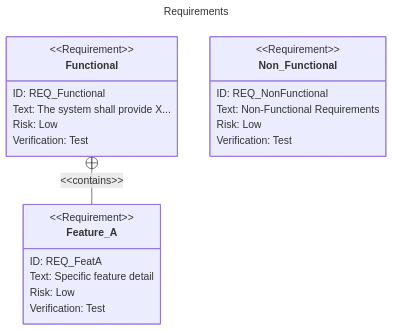
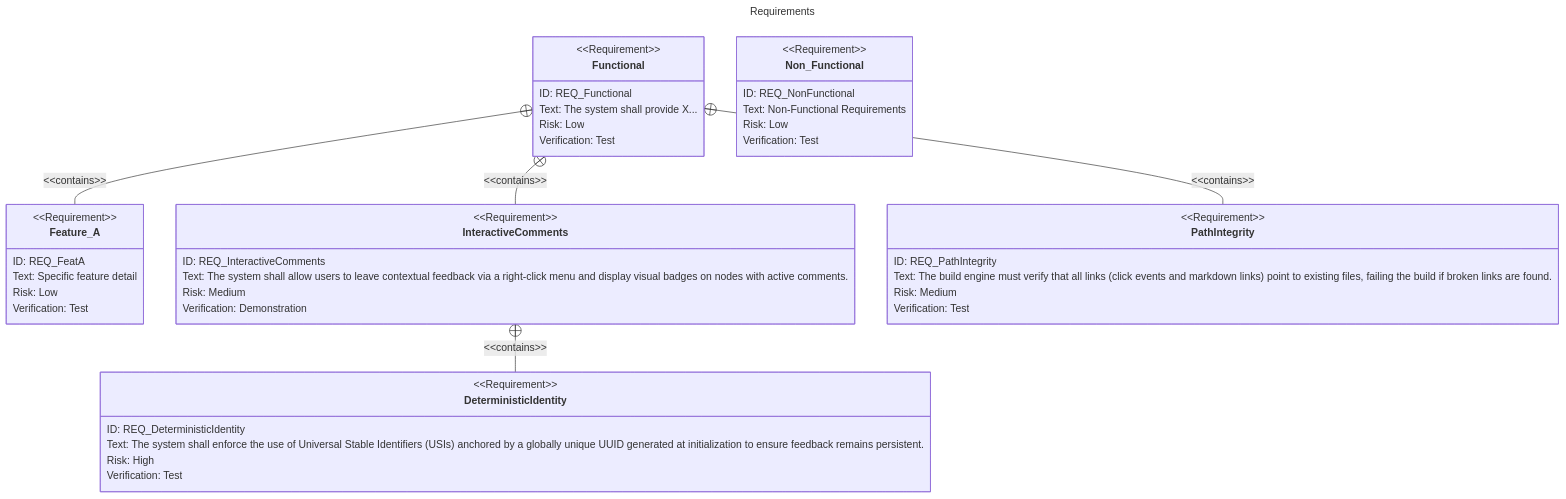
Before and after one commit to futurefoundai/foundryspec: the diagram in foundryspec/assets/discovery/requirements.mermaid, drawn with Mermaid. The commit also changed 13 other files, not shown here.

Commit message:
feat: Implement Path Integrity, Interactive Comments, and Deterministic Project IDs

```diff
--- a/foundryspec/assets/discovery/requirements.mermaid
+++ b/foundryspec/assets/discovery/requirements.mermaid
@@ -1,36 +1,68 @@
 ---
 id: "REQ_Group"
 title: Requirements
 description: Core system capabilities.
 uplink: "PER_Group"
 entities:
   - id: "REQ_Functional"
     uplink: "PER_EndUser"
+  - id: "REQ_InteractiveComments"
+    uplink: "PER_EndUser"
+    downlinks:
+      - "COMP_InteractiveComments"
+  - id: "REQ_PathIntegrity"
+    uplink: "PER_EndUser"
+    downlinks:
+      - "COMP_BuildManager"
   - id: "REQ_NonFunctional"
     uplink: "PER_Stakeholder"
 ---
 
 requirementDiagram
 
     requirement Functional {
         id: "REQ_Functional"
         text: "The system shall provide X..."
         risk: Low
         verifymethod: Test
     }
 
     requirement Feature_A {
         id: "REQ_FeatA"
         text: "Specific feature detail"
         risk: Low
         verifymethod: Test
     }
 
     requirement Non_Functional {
         id: "REQ_NonFunctional"
         text: "Non-Functional Requirements"
         risk: Low
         verifymethod: Test
     }
 
+    requirement InteractiveComments {
+        id: "REQ_InteractiveComments"
+        text: "The system shall allow users to leave contextual feedback via a right-click menu and display visual badges on nodes with active comments."
+        risk: Medium
+        verifymethod: Demonstration
+    }
+
+    requirement PathIntegrity {
+        id: "REQ_PathIntegrity"
+        text: "The build engine must verify that all links (click events and markdown links) point to existing files, failing the build if broken links are found."
+        risk: Medium
+        verifymethod: Test
+    }
+
+    requirement DeterministicIdentity {
+        id: "REQ_DeterministicIdentity"
+        text: "The system shall enforce the use of Universal Stable Identifiers (USIs) anchored by a globally unique UUID generated at initialization to ensure feedback remains persistent."
+        risk: High
+        verifymethod: Test
+    }
+
     Functional -contains-> Feature_A
+    Functional -contains-> InteractiveComments
+    Functional -contains-> PathIntegrity
+    InteractiveComments -contains-> DeterministicIdentity
```
